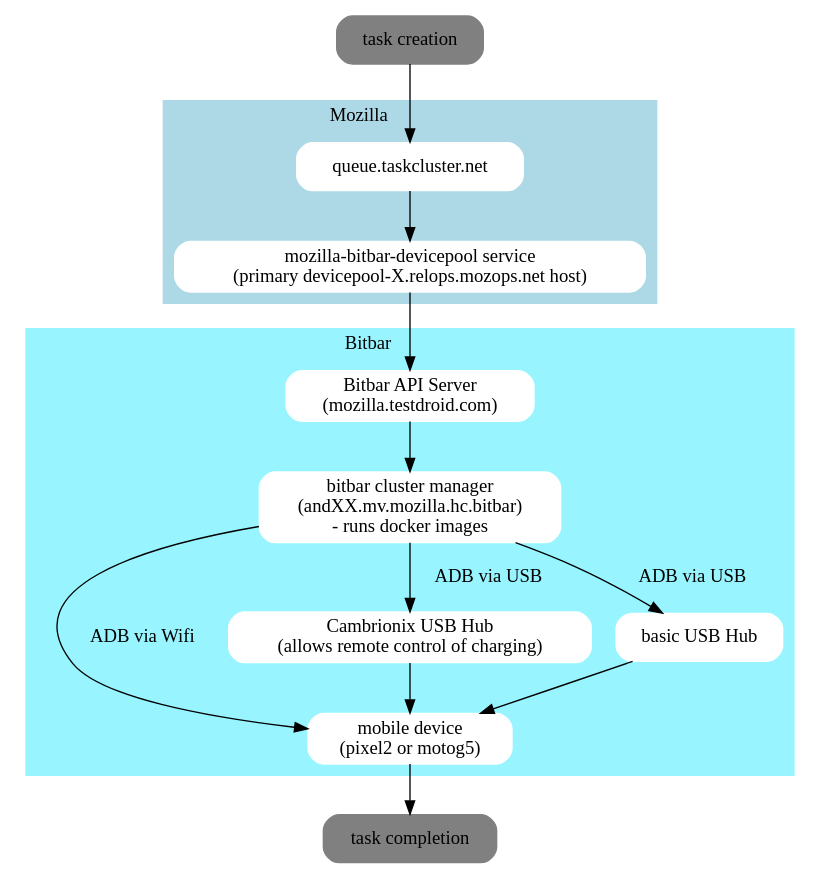
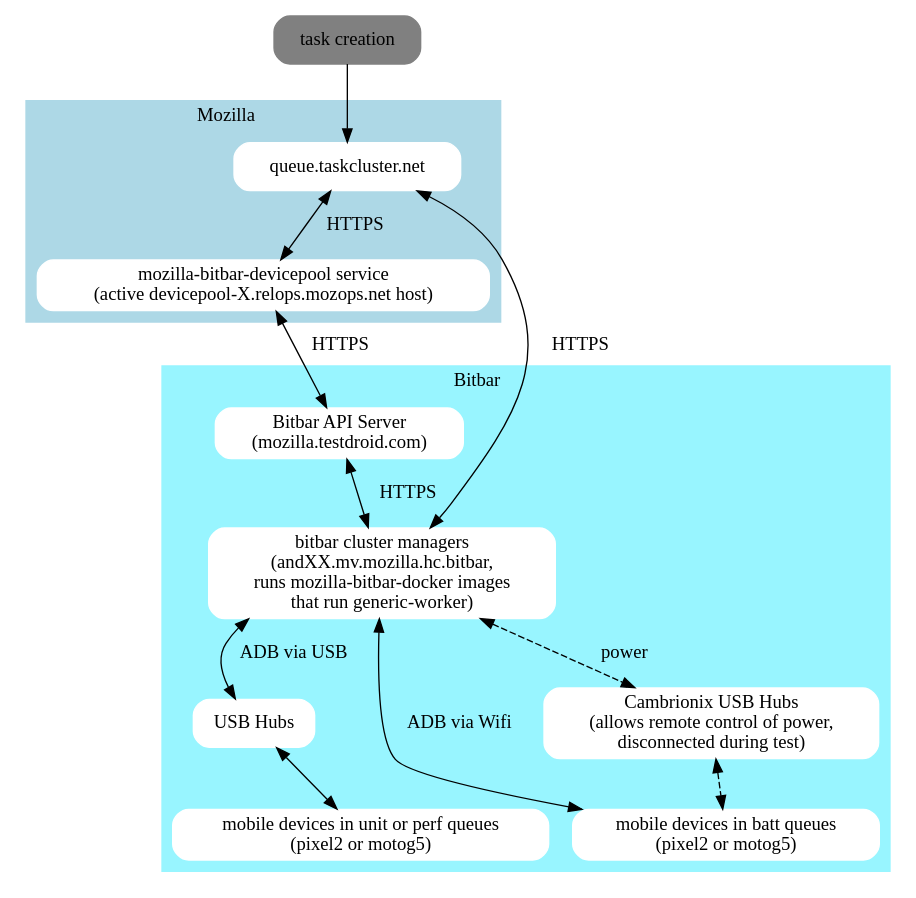
The diagram in flowcharts/connection_graph.dot (mozilla-platform-ops/android-tools), drawn with Graphviz before and after one commit.

```diff
--- a/flowcharts/connection_graph.dot
+++ b/flowcharts/connection_graph.dot
@@ -1,48 +1,54 @@
 digraph G {
-    
+    // rankdir=LR;
+
 //     queue.taskcluster.net <=> mozilla-bitbar-devicepool service on
 // devicepool hosts <=> bitbar api server (mozilla.testdroid.com) <=>
 // bitbar cluster manager (andXX.mv.mozilla.hc.bitbar) <=> usb hub (some
 // use cambrionix programmable hubs) <=> phone (pixel2, motorola g5)
     
     
   subgraph cluster_0 {
     style=filled;
     color=lightblue;
     node [shape=Mrecord,style=filled,color=white];
-    label = "Mozilla                      ";
-    a0 [label="queue.taskcluster.net"];
-    a1 [label="mozilla-bitbar-devicepool service\n (primary devicepool-X.relops.mozops.net host)"];
-    a0 -> a1;
+    label = "Mozilla                ";
+    a0 [label="queue.taskcluster.net", start="true"];
+    a1 [label="mozilla-bitbar-devicepool service\n (active devicepool-X.relops.mozops.net host)"];
+    a0 -> a1 [label="  HTTPS", dir="both"];
   }    
 
   subgraph cluster_1 {
     style=filled;
     color=cadetblue1;
     node [shape=Mrecord,style=filled,color=white];
+    label = "Bitbar                     ";
+
     a4 [label="Bitbar API Server\n (mozilla.testdroid.com)"];
-    label = " Bitbar                  ";
-    a4 -> a5;
-    a5 -> phone [label="  ADB via Wifi  "];
-    
-    hub -> phone;
-    smart_hub -> phone;
-    
-    a5 -> hub [label="   ADB via USB   "];
-    hub [label="Cambrionix USB Hub\n (allows remote control of charging)"];
+    hub  [label="USB Hubs"];
+    a5 [label="bitbar cluster managers\n (andXX.mv.mozilla.hc.bitbar, \nruns mozilla-bitbar-docker images\n that run generic-worker)"];
+    phone [label="mobile devices in unit or perf queues\n (pixel2 or motog5)"];
+    batt_phone [label="mobile devices in batt queues\n (pixel2 or motog5)"];
+    smart_hub [label="Cambrionix USB Hubs\n (allows remote control of power,\ndisconnected during test)"];
 
-    a5 -> smart_hub [label="   ADB via USB   "];
-    smart_hub [label="basic USB Hub"];
-    
-    a5 [label="bitbar cluster manager\n (andXX.mv.mozilla.hc.bitbar)\n - runs docker images"];
-    phone [label="mobile device\n (pixel2 or motog5)"];
+    a4 -> a5 [dir="both", label="   HTTPS"];
+    a5 -> hub [label=" ADB via USB   ", dir="both"];
+    a5 -> smart_hub [label="    power",style="dashed", dir="both"];
+    a5 -> batt_phone [label=" ADB via Wifi  ", dir="both"];
+    hub -> phone [dir="both"];
+    smart_hub -> batt_phone [style="dashed", dir="both"];
   }
 
   // edges
   start -> a0;
-  a1 -> a4
-  phone -> end;
- 
+
+  a1 -> a4 [label="  HTTPS", dir="both"];
+  
+  a5 -> a0 [label="    HTTPS", dir="both", ];
+
+//   a1 -> a4;
+//   phone -> end;
+
   start [shape=Mrecord,label="task creation", style=filled, color=gray];
-  end [shape=Mrecord, label="task completion", style=filled, color=gray];
+//   end [shape=Mrecord, label="task completion", style=filled, color=gray];
+
 }
```
